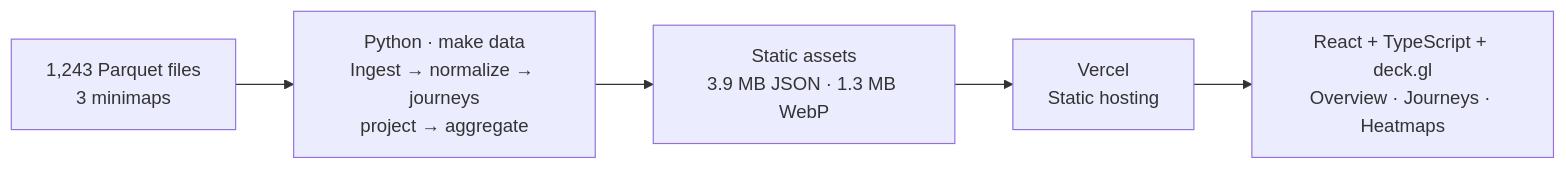
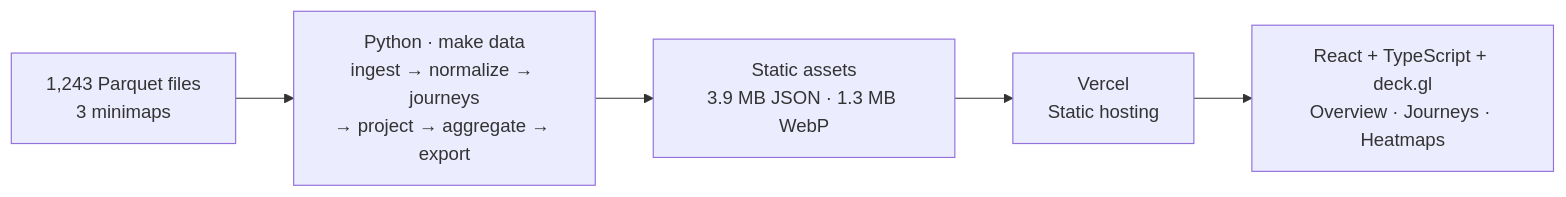
The diagram in ARCHITECTURE.md (Shashidharahegde/lila-black-journey-viewer), drawn with Mermaid before and after one commit. The commit also changed other lines of this file and 3 other files, not shown here.

Commit message:
docs: Update ARCHITECTURE.md and README.md

````diff
--- a/ARCHITECTURE.md
+++ b/ARCHITECTURE.md
@@ -7,7 +7,7 @@
 ```mermaid
 flowchart LR
-    A["1,243 Parquet files<br/>3 minimaps"] --> B["Python · make data<br/>Ingest → normalize → journeys<br/>project → aggregate"]
+    A["1,243 Parquet files<br/>3 minimaps"] --> B["Python · make data<br/>ingest → normalize → journeys<br/>→ project → aggregate → export"]
     B --> C["Static assets<br/>3.9 MB JSON · 1.3 MB WebP"]
     C --> D["Vercel<br/>Static hosting"]
     D --> E["React + TypeScript + deck.gl<br/>Overview · Journeys · Heatmaps"]
 ```
````
